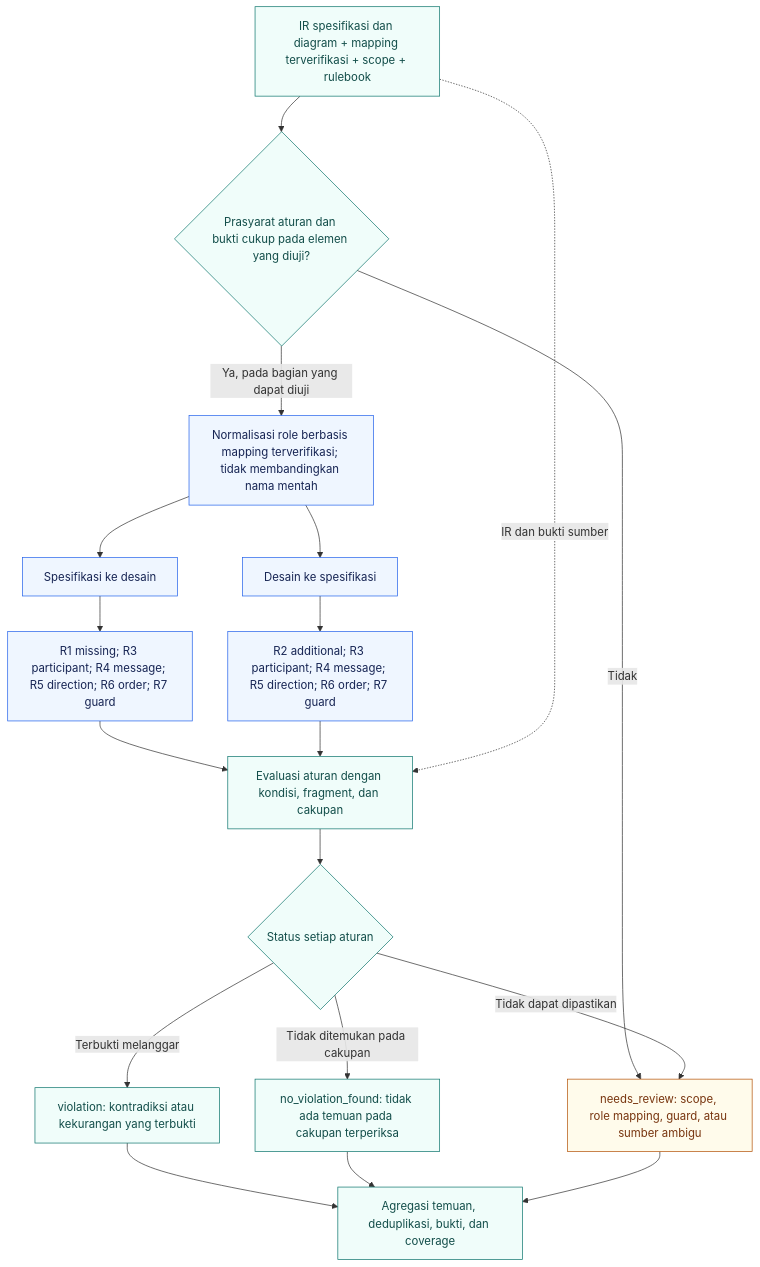
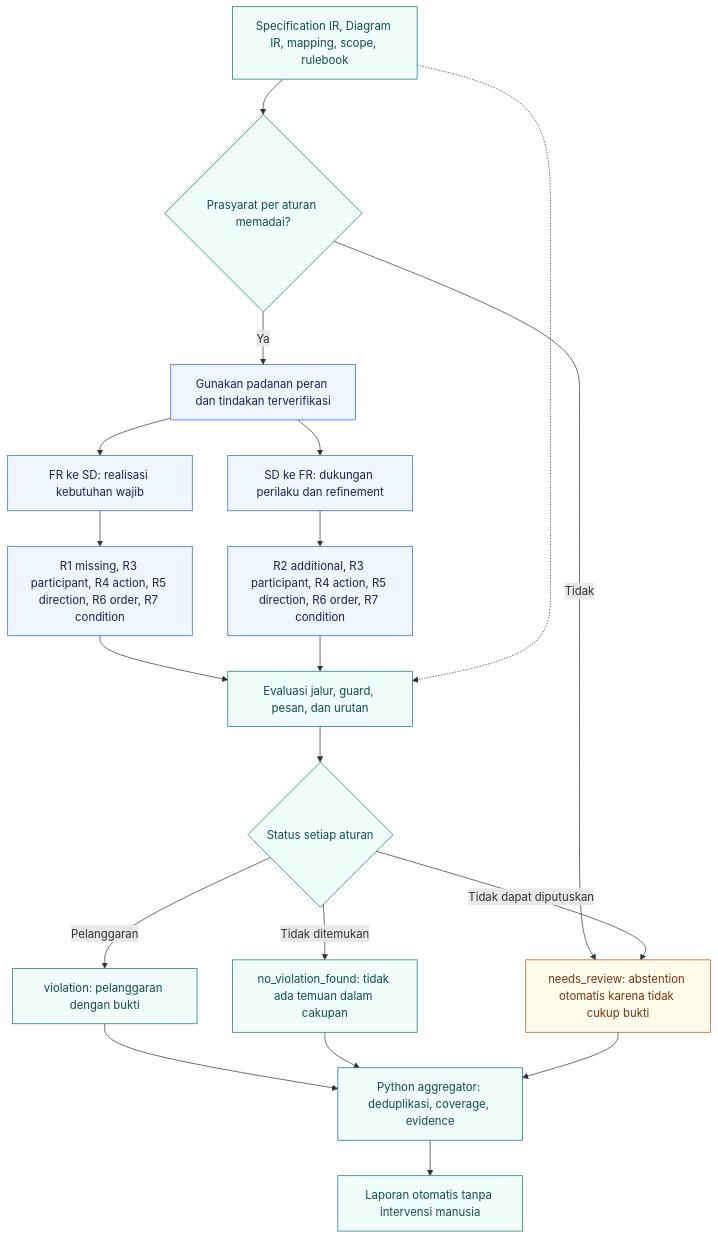
The diagram in data/architecture/02-bidirectional-validation.mmd (RizdkyOktaviari/final-project-thesis), drawn with Mermaid before and after one commit. The commit also changed 5 other files, not shown here.

```diff
--- a/data/architecture/02-bidirectional-validation.mmd
+++ b/data/architecture/02-bidirectional-validation.mmd
@@ -1,37 +1,38 @@
 flowchart TB
-    I["IR spesifikasi dan diagram + mapping terverifikasi + scope + rulebook"]
-    G{"Prasyarat aturan dan bukti cukup pada elemen yang diuji?"}
-    ROLE["Normalisasi role berbasis mapping terverifikasi; tidak membandingkan nama mentah"]
-    S["Spesifikasi ke desain"]
-    D["Desain ke spesifikasi"]
-    SC["R1 missing; R3 participant; R4 message; R5 direction; R6 order; R7 guard"]
-    DC["R2 additional; R3 participant; R4 message; R5 direction; R6 order; R7 guard"]
-    E["Evaluasi aturan dengan kondisi, fragment, dan cakupan"]
+    I["Specification IR, Diagram IR, mapping, scope, rulebook"]
+    G{"Prasyarat per aturan memadai?"}
+    ROLE["Gunakan padanan peran dan tindakan terverifikasi"]
+    S["FR ke SD: realisasi kebutuhan wajib"]
+    D["SD ke FR: dukungan perilaku dan refinement"]
+    SC["R1 missing, R3 participant, R4 action, R5 direction, R6 order, R7 condition"]
+    DC["R2 additional, R3 participant, R4 action, R5 direction, R6 order, R7 condition"]
+    E["Evaluasi jalur, guard, pesan, dan urutan"]
     J{"Status setiap aturan"}
-    F["violation: kontradiksi atau kekurangan yang terbukti"]
-    N["no_violation_found: tidak ada temuan pada cakupan terperiksa"]
-    U["needs_review: scope, role mapping, guard, atau sumber ambigu"]
-    O["Agregasi temuan, deduplikasi, bukti, dan coverage"]
-
+    F["violation: pelanggaran dengan bukti"]
+    N["no_violation_found: tidak ada temuan dalam cakupan"]
+    U["needs_review: abstention otomatis karena tidak cukup bukti"]
+    O["Python aggregator: deduplikasi, coverage, evidence"]
+    R["Laporan otomatis tanpa intervensi manusia"]
     I --> G
     G -->|Tidak| U
-    G -->|Ya, pada bagian yang dapat diuji| ROLE
+    G -->|Ya| ROLE
     ROLE --> S
     ROLE --> D
     S --> SC --> E
     D --> DC --> E
-    I -.->|IR dan bukti sumber| E
+    I -.-> E
     E --> J
-    J -->|Terbukti melanggar| F
-    J -->|Tidak ditemukan pada cakupan| N
-    J -->|Tidak dapat dipastikan| U
+    J -->|Pelanggaran| F
+    J -->|Tidak ditemukan| N
+    J -->|Tidak dapat diputuskan| U
     F --> O
     N --> O
     U --> O
+    O --> R
 
-    classDef process fill:#eff6ff,stroke:#2563eb,color:#172554
-    classDef validation fill:#f0fdfa,stroke:#0f766e,color:#134e4a
-    classDef review fill:#fffbeb,stroke:#b45309,color:#78350f
-    class ROLE,S,D,SC,DC process
-    class I,G,E,J,F,N,O validation
-    class U review
+    classDef semantic fill:#eff6ff,stroke:#2563eb,color:#172554
+    classDef check fill:#f0fdfa,stroke:#0f766e,color:#134e4a
+    classDef uncertain fill:#fffbeb,stroke:#b45309,color:#78350f
+    class ROLE,S,D,SC,DC semantic
+    class I,G,E,J,F,N,O,R check
+    class U uncertain
```
